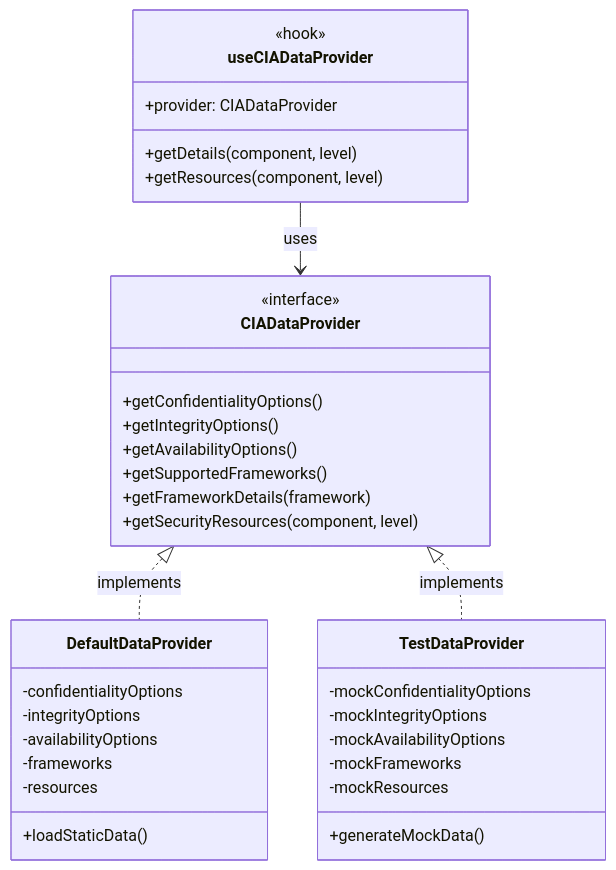
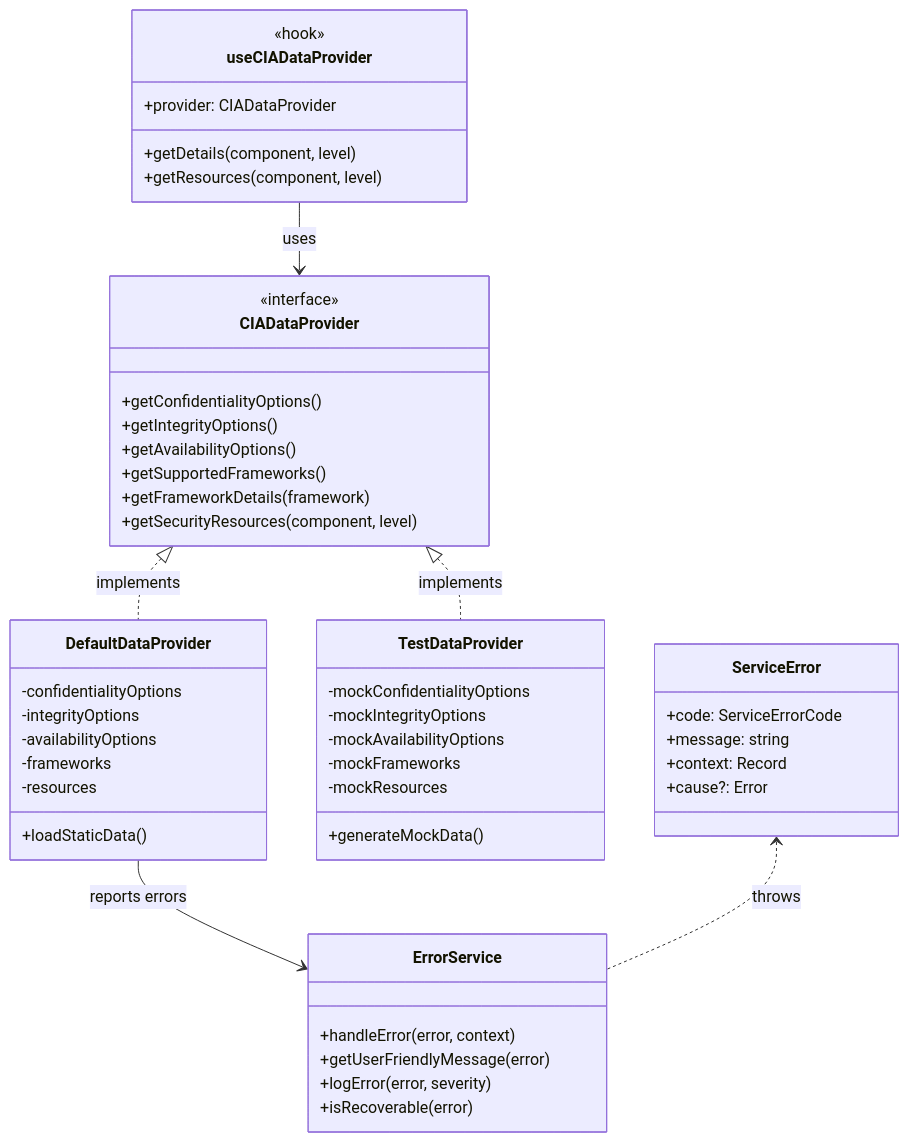
Before and after one commit to Hack23/cia-compliance-manager: the third of 6 diagrams in docs/architecture/DATA_MODEL.md, drawn with Mermaid. The commit also changed other lines of this file, not shown here.

First line of the commit message:
docs: update DATA_MODEL.md to reflect v1.1.32 current state

````diff
--- a/docs/architecture/DATA_MODEL.md
+++ b/docs/architecture/DATA_MODEL.md
@@ -1220,42 +1220,58 @@
 ```mermaid
 classDiagram
     class CIADataProvider {
         <<interface>>
         +getConfidentialityOptions()
         +getIntegrityOptions()
         +getAvailabilityOptions()
         +getSupportedFrameworks()
         +getFrameworkDetails(framework)
         +getSecurityResources(component, level)
     }
     
     class DefaultDataProvider {
         -confidentialityOptions
         -integrityOptions
         -availabilityOptions
         -frameworks
         -resources
         +loadStaticData()
     }
     
     class TestDataProvider {
         -mockConfidentialityOptions
         -mockIntegrityOptions
         -mockAvailabilityOptions
         -mockFrameworks
         -mockResources
         +generateMockData()
     }
     
+    class ErrorService {
+        +handleError(error, context)
+        +getUserFriendlyMessage(error)
+        +logError(error, severity)
+        +isRecoverable(error)
+    }
+    
+    class ServiceError {
+        +code: ServiceErrorCode
+        +message: string
+        +context: Record
+        +cause?: Error
+    }
+    
     CIADataProvider <|.. DefaultDataProvider : implements
     CIADataProvider <|.. TestDataProvider : implements
     
     class useCIADataProvider {
         <<hook>>
         +provider: CIADataProvider
         +getDetails(component, level)
         +getResources(component, level)
     }
     
     useCIADataProvider --> CIADataProvider : uses
+    DefaultDataProvider --> ErrorService : reports errors
+    ServiceError <.. ErrorService : throws
 ```
````
